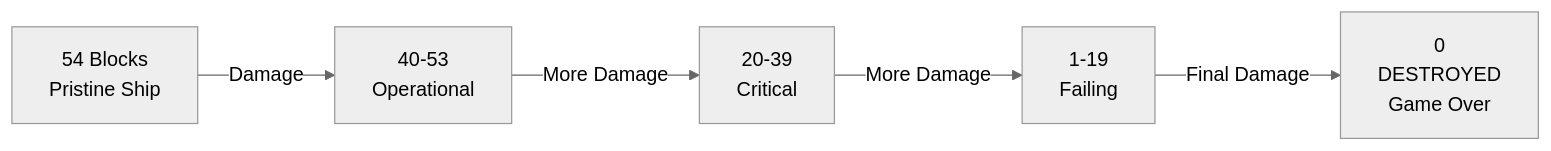
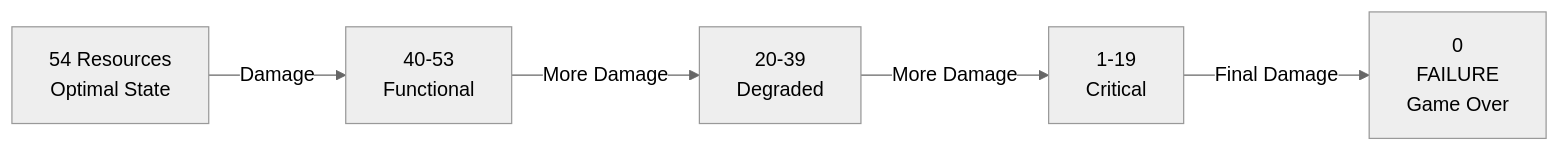
Before and after one commit to dimm-city/dc-solo-rpg: the second of 13 diagrams in docs/wretched-alone-mechanics-guide.md, drawn with Mermaid (neutral theme). The commit also changed other lines of this file, not shown here.

````diff
--- a/docs/wretched-alone-mechanics-guide.md
+++ b/docs/wretched-alone-mechanics-guide.md
@@ -91,7 +97,7 @@
 ```mermaid
 graph LR
-    A[54 Blocks<br/>Pristine Ship] -->|Damage| B[40-53<br/>Operational]
-    B -->|More Damage| C[20-39<br/>Critical]
-    C -->|More Damage| D[1-19<br/>Failing]
-    D -->|Final Damage| E[0<br/>DESTROYED<br/>Game Over]
+    A[54 Resources<br/>Optimal State] -->|Damage| B[40-53<br/>Functional]
+    B -->|More Damage| C[20-39<br/>Degraded]
+    C -->|More Damage| D[1-19<br/>Critical]
+    D -->|Final Damage| E[0<br/>FAILURE<br/>Game Over]
 ```
````
